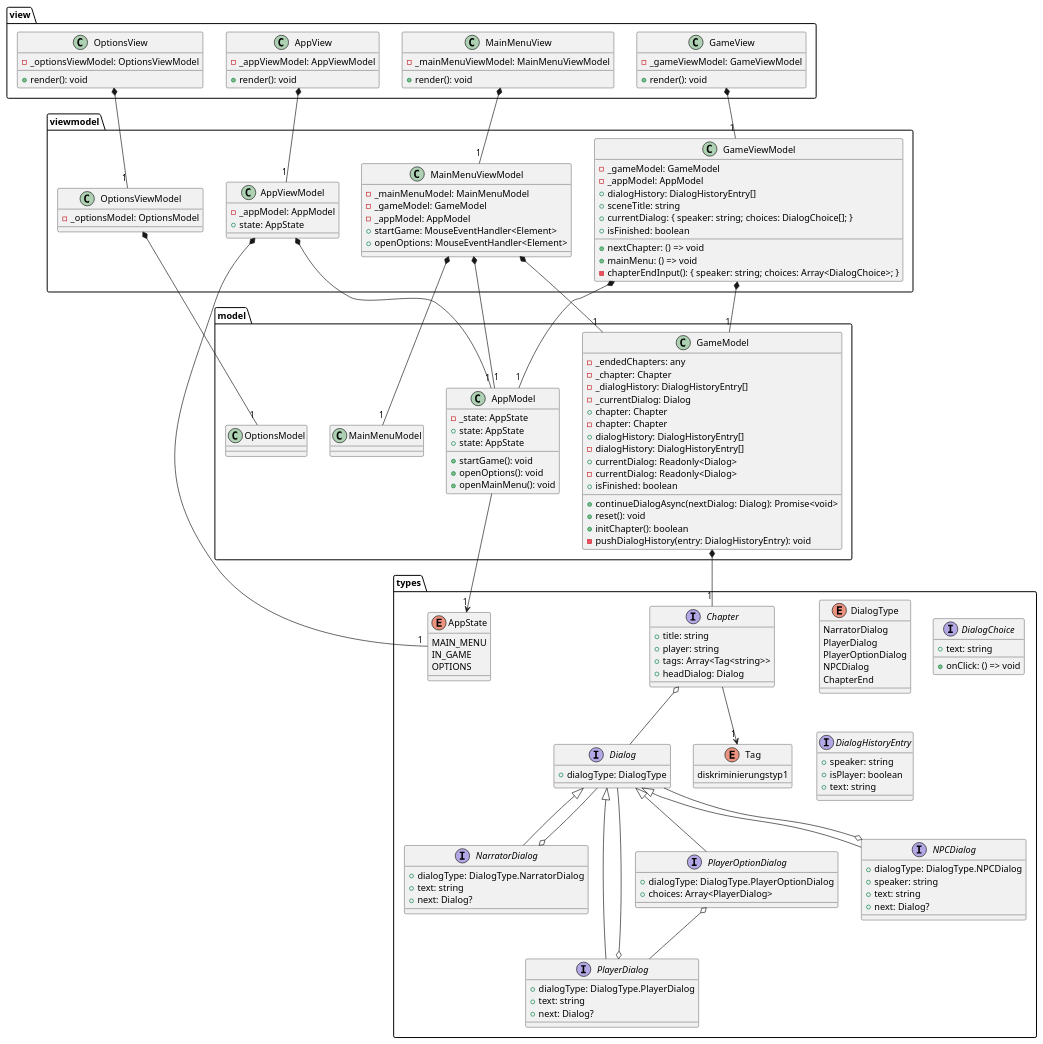
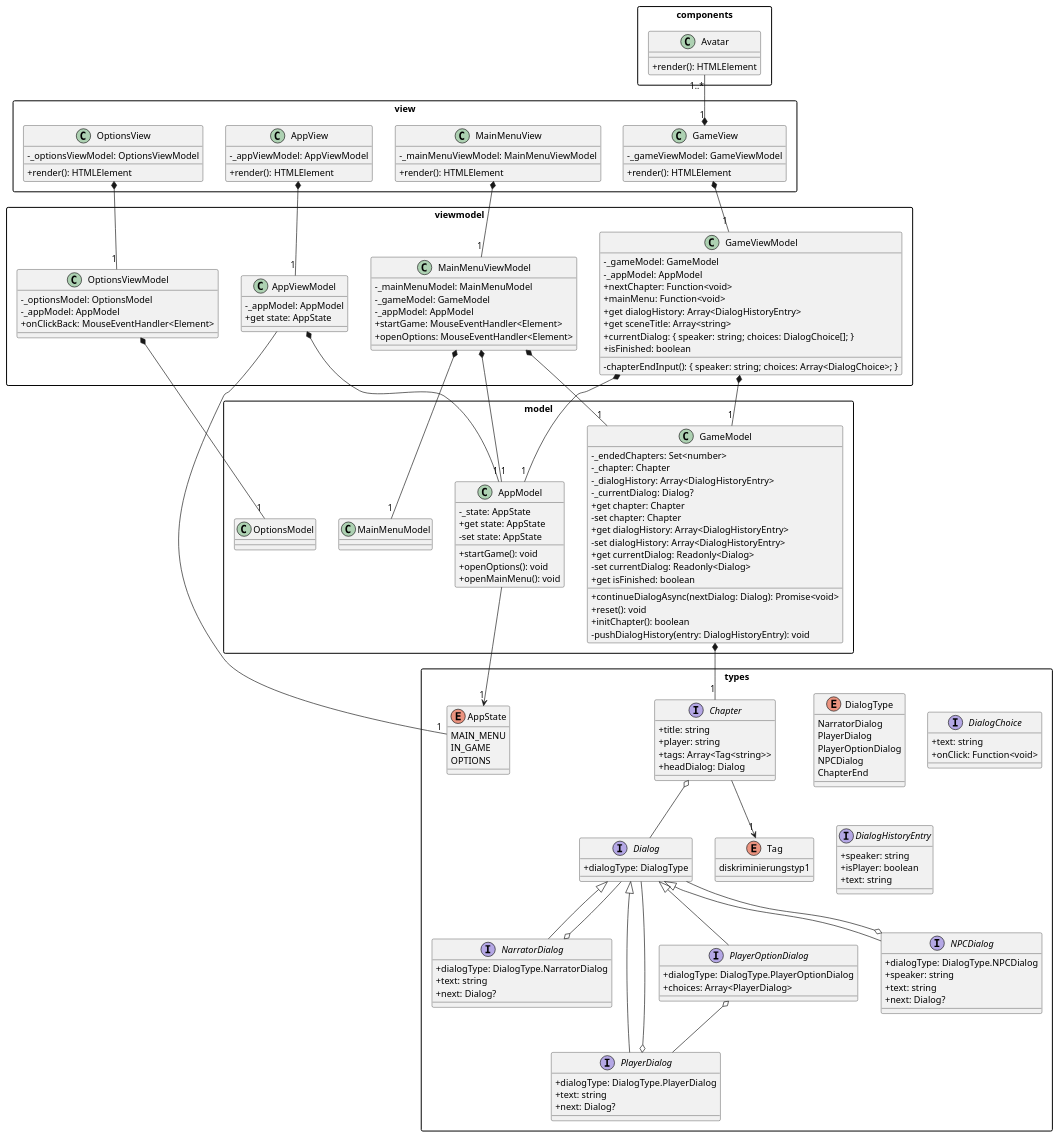
The diagram in uml/ClassDiagram.puml (HHN-SEB-2022-23/allybi), drawn with PlantUML before and after one commit. The commit also changed 9 other files, not shown here.

Commit message:
updated class diagram

```diff
--- a/uml/ClassDiagram.puml
+++ b/uml/ClassDiagram.puml
@@ -1,173 +1,185 @@
 @startuml Class Diagram
+skinparam classAttributeIconSize 0
+skinparam packageStyle rectangle
+
 package types {
     enum AppState {
         MAIN_MENU
         IN_GAME
         OPTIONS
     }
 
     enum DialogType {
         NarratorDialog
         PlayerDialog
         PlayerOptionDialog
         NPCDialog
         ChapterEnd
     }
 
     enum Tag {
         diskriminierungstyp1
     }
 
     interface Chapter {
         +title: string
         +player: string
         +tags: Array<Tag<string>>
         +headDialog: Dialog
     }
     Chapter --> "1" Tag
     Chapter o-- Dialog
 
     interface Dialog {
         +dialogType: DialogType
     }
 
     interface NarratorDialog extends Dialog {
         +dialogType: DialogType.NarratorDialog
         +text: string
         +next: Dialog?
     }
     NarratorDialog o-- Dialog
 
     interface PlayerDialog extends Dialog {
         +dialogType: DialogType.PlayerDialog
         +text: string
         +next: Dialog?
     }
     PlayerDialog o-- Dialog
 
     interface PlayerOptionDialog extends Dialog {
         +dialogType: DialogType.PlayerOptionDialog
         +choices: Array<PlayerDialog>
     }
     PlayerOptionDialog o-- PlayerDialog
 
     interface NPCDialog extends Dialog {
         +dialogType: DialogType.NPCDialog
         +speaker: string
         +text: string
         +next: Dialog?
     }
     NPCDialog o-- Dialog
 
     interface DialogChoice {
         +text: string
-        +onClick: () => void
+        +onClick: Function<void>
     }
 
     interface DialogHistoryEntry {
         +speaker: string
         +isPlayer: boolean
         +text: string
     }
 }
 
+package components {
+    class Avatar {
+        + render(): HTMLElement
+    }
+}
+
 package model {
     class AppModel {
-        - _state: AppState
-        +state: AppState
-        +state: AppState
+        -_state: AppState
+        +get state: AppState
+        -set state: AppState
         +startGame(): void
         +openOptions(): void
         +openMainMenu(): void
     }
     AppModel --> "1" AppState
 
     class GameModel {
-        -_endedChapters: any
+        -_endedChapters: Set<number>
         -_chapter: Chapter
-        -_dialogHistory: DialogHistoryEntry[]
-        -_currentDialog: Dialog
-        +chapter: Chapter
-        -chapter: Chapter
-        +dialogHistory: DialogHistoryEntry[]
-        -dialogHistory: DialogHistoryEntry[]
-        +currentDialog: Readonly<Dialog>
-        -currentDialog: Readonly<Dialog>
-        +isFinished: boolean
+        -_dialogHistory: Array<DialogHistoryEntry>
+        -_currentDialog: Dialog?
+        +get chapter: Chapter
+        -set chapter: Chapter
+        +get dialogHistory: Array<DialogHistoryEntry>
+        -set dialogHistory: Array<DialogHistoryEntry>
+        +get currentDialog: Readonly<Dialog>
+        -set currentDialog: Readonly<Dialog>
+        +get isFinished: boolean
         +continueDialogAsync(nextDialog: Dialog): Promise<void>
         +reset(): void
         +initChapter(): boolean
         -pushDialogHistory(entry: DialogHistoryEntry): void
     }
     GameModel *-- "1" Chapter
 
     class MainMenuModel
     class OptionsModel
 }
 
 package viewmodel {
     class AppViewModel {
         -_appModel: AppModel
-        +state: AppState
+        +get state: AppState
     }
     AppViewModel *-- "1" AppModel
-    AppViewModel *-- "1" AppState
+    AppViewModel --- "1" AppState
 
     class GameViewModel {
         -_gameModel: GameModel
         -_appModel: AppModel
-        +nextChapter: () => void
-        +mainMenu: () => void
-        +dialogHistory: DialogHistoryEntry[]
-        +sceneTitle: string
+        +nextChapter: Function<void>
+        +mainMenu: Function<void>
+        +get dialogHistory: Array<DialogHistoryEntry>
+        +get sceneTitle: Array<string>
         -chapterEndInput(): { speaker: string; choices: Array<DialogChoice>; }
         +currentDialog: { speaker: string; choices: DialogChoice[]; }
         +isFinished: boolean
     }
     GameViewModel *-- "1" GameModel
     GameViewModel *-- "1" AppModel
 
     class MainMenuViewModel {
         -_mainMenuModel: MainMenuModel
         -_gameModel: GameModel
         -_appModel: AppModel
         +startGame: MouseEventHandler<Element>
         +openOptions: MouseEventHandler<Element>
     }
     MainMenuViewModel *-- "1" MainMenuModel
     MainMenuViewModel *-- "1" GameModel
     MainMenuViewModel *-- "1" AppModel
 
     class OptionsViewModel {
         -_optionsModel: OptionsModel
+        -_appModel: AppModel
+        +onClickBack: MouseEventHandler<Element>
     }
     OptionsViewModel *-- "1" OptionsModel
 }
 
 package view {
     class AppView {
         -_appViewModel: AppViewModel
-        +render(): void
+        +render(): HTMLElement
     }
     AppView *-- "1" AppViewModel
 
     class GameView {
         -_gameViewModel: GameViewModel
-        +render(): void
+        +render(): HTMLElement
     }
     GameView *-- "1" GameViewModel
+    Avatar "1..*" -down-* "1" GameView
 
     class MainMenuView {
         -_mainMenuViewModel: MainMenuViewModel
-        +render(): void
+        +render(): HTMLElement
     }
     MainMenuView *-- "1" MainMenuViewModel
 
     class OptionsView {
         -_optionsViewModel: OptionsViewModel
-        +render(): void
+        +render(): HTMLElement
     }
     OptionsView *-- "1" OptionsViewModel
 }
 
 @enduml
```
